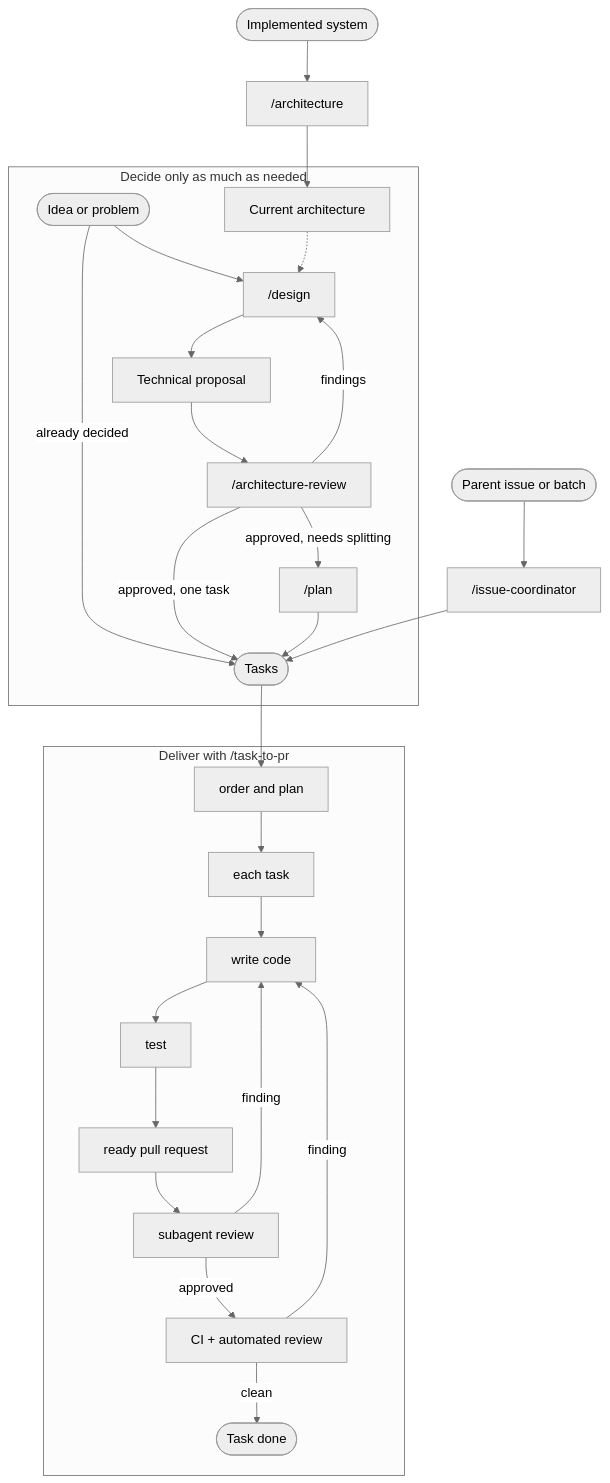
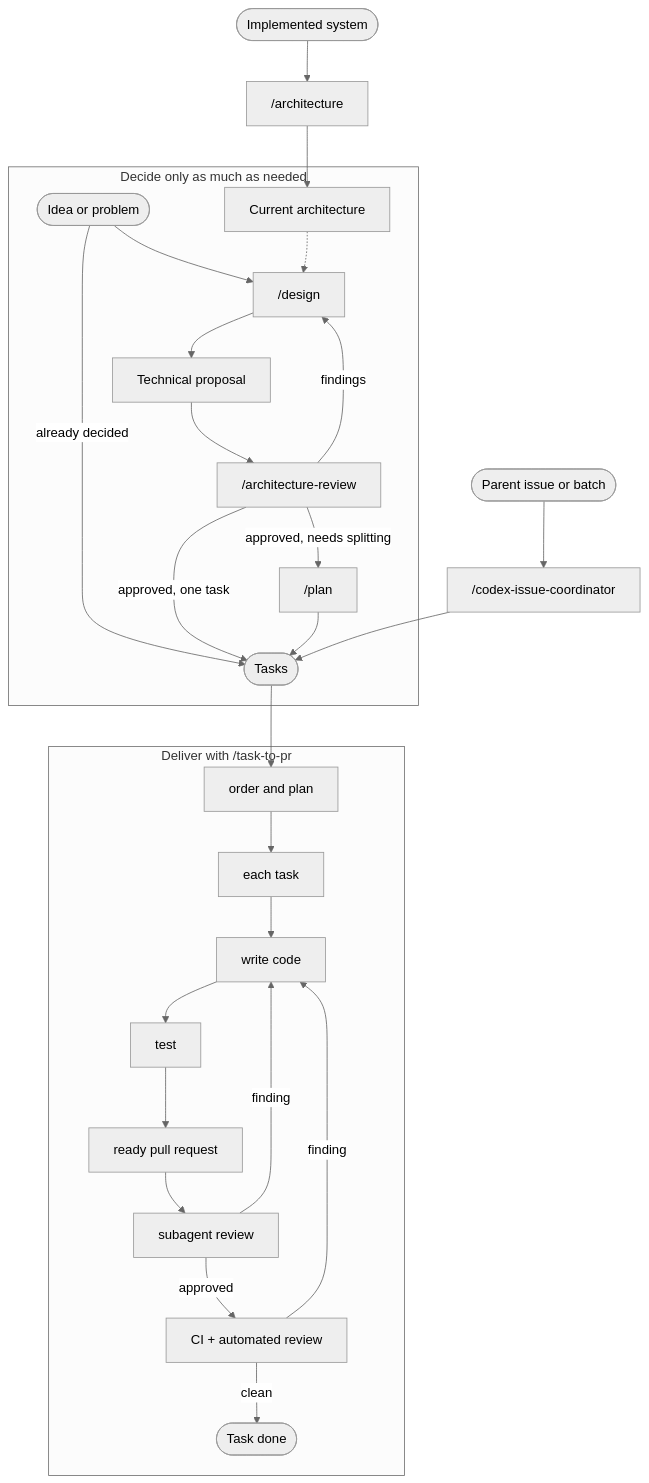
Before and after one commit to owainlewis/blueprint: the diagram in README.md, drawn with Mermaid (neutral theme). The commit also changed other lines of this file and 7 other files, not shown here.

Commit message:
refactor(skills): rename issue coordinator for Codex (#64)

````diff
--- a/README.md
+++ b/README.md
@@ -32,25 +32,25 @@
 ```mermaid
 flowchart TB
     Existing([Implemented system]) --> Architecture["/architecture"]
     Architecture --> Current["Current architecture"]
 
     subgraph Decide["Decide only as much as needed"]
         Idea([Idea or problem]) --> Design["/design"]
         Idea -->|already decided| Tasks([Tasks])
         Current -.-> Design
         Design --> Proposal["Technical proposal"] --> ArchitectureReview["/architecture-review"]
         ArchitectureReview -->|findings| Design
         ArchitectureReview -->|approved, one task| Tasks
         ArchitectureReview -->|approved, needs splitting| Plan["/plan"] --> Tasks
     end
 
     subgraph Deliver["Deliver with /task-to-pr"]
         Tasks --> Order["order and plan"] --> Task["each task"] --> Code["write code"] --> Test["test"] --> PR["ready pull request"] --> Review["subagent review"]
         Review -->|finding| Code
         Review -->|approved| Automated["CI + automated review"]
         Automated -->|finding| Code
         Automated -->|clean| Done([Task done])
     end
 
-    Batch([Parent issue or batch]) --> Coordinator["/issue-coordinator"] --> Tasks
+    Batch([Parent issue or batch]) --> Coordinator["/codex-issue-coordinator"] --> Tasks
 ```
````
